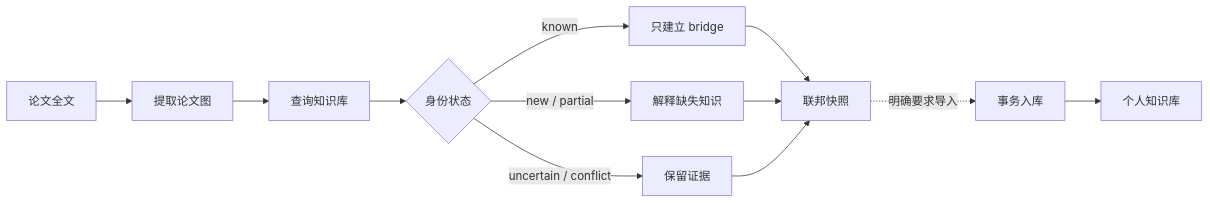
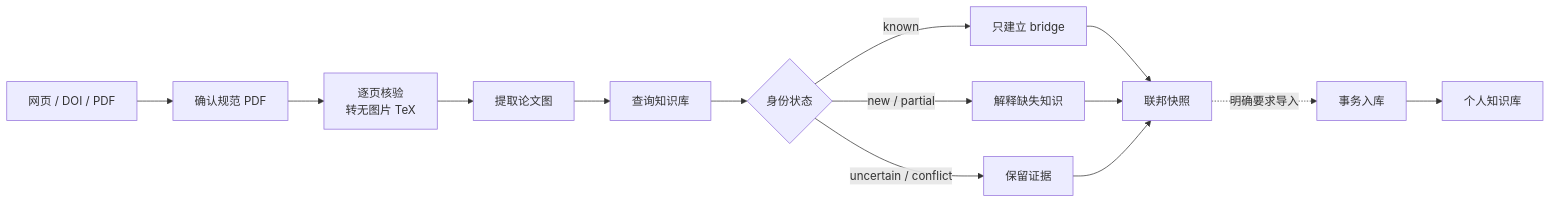
The fourth of 4 diagrams in skills/WORKFLOWS.md (qiulinfan/qiulinfan.github.io), drawn with Mermaid before and after one commit. The commit also changed other lines of this file and 19 other files, not shown here.

Commit message:
提取 paper pdf 以及 发起 deepseek agent 测试 skill 以及运行 multiagent 编排的 skill

````diff
--- a/skills/WORKFLOWS.md
+++ b/skills/WORKFLOWS.md
@@ -26,14 +67,16 @@
 ```mermaid
 flowchart LR
-    Paper["论文全文"] --> Ext["提取论文图"]
+    Input["网页 / DOI / PDF"] --> Find["确认规范 PDF"]
+    Find --> Prep["逐页核验<br/>转无图片 TeX"]
+    Prep --> Ext["提取论文图"]
     Ext --> Ask["查询知识库"]
     Ask --> Gate{"身份状态"}
     Gate -->|known| Bridge["只建立 bridge"]
     Gate -->|new / partial| Entry["解释缺失知识"]
     Gate -->|uncertain / conflict| Review["保留证据"]
     Bridge --> Snap["联邦快照"]
     Entry --> Snap
     Review --> Snap
     Snap -.->|明确要求导入| Put["事务入库"]
     Put --> Brain["个人知识库"]
 ```
````
